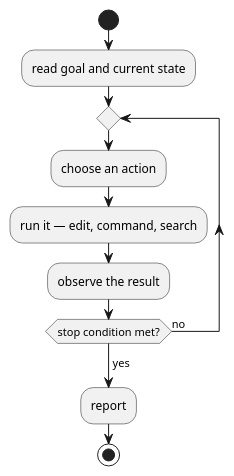
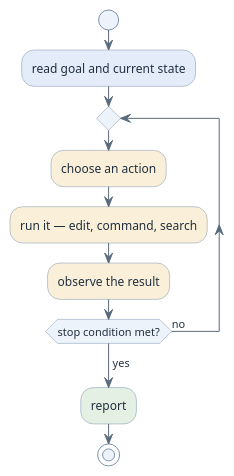
Before and after one commit to htl-leonding-college/curriculum-syp3: the diagram in modules/ai-agentic-loops/index.adoc, drawn with PlantUML. The commit also changed 65 other files, not shown here.

First line of the commit message:
feat(site): give the diagrams a semantic pastel palette

```diff
--- a/modules/ai-agentic-loops/index.adoc
+++ b/modules/ai-agentic-loops/index.adoc
@@ -30,17 +30,26 @@
 [plantuml,agentic-loop,svg]
 ----
 @startuml
-skinparam monochrome true
+<style>
+element { BackgroundColor #EDF3FA; LineColor #7C93AD; FontColor #21303F }
+arrow { LineColor #5A6B7D; FontColor #21303F }
+.key { BackgroundColor #E3ECF8 }
+.work { BackgroundColor #FAF0D9 }
+.ok { BackgroundColor #E4F0E4 }
+.bad { BackgroundColor #F8E5E5 }
+.aside { BackgroundColor #ECE6F7 }
+.muted { BackgroundColor #F0F2F5 }
+</style>
 skinparam shadowing false
 start
-:read goal and current state;
+:read goal and current state; <<key>>
 repeat
-  :choose an action;
-  :run it — edit, command, search;
-  :observe the result;
+  :choose an action; <<work>>
+  :run it — edit, command, search; <<work>>
+  :observe the result; <<work>>
 repeat while (stop condition met?) is (no)
 ->yes;
-:report;
+:report; <<ok>>
 stop
 @enduml
 ----
```
